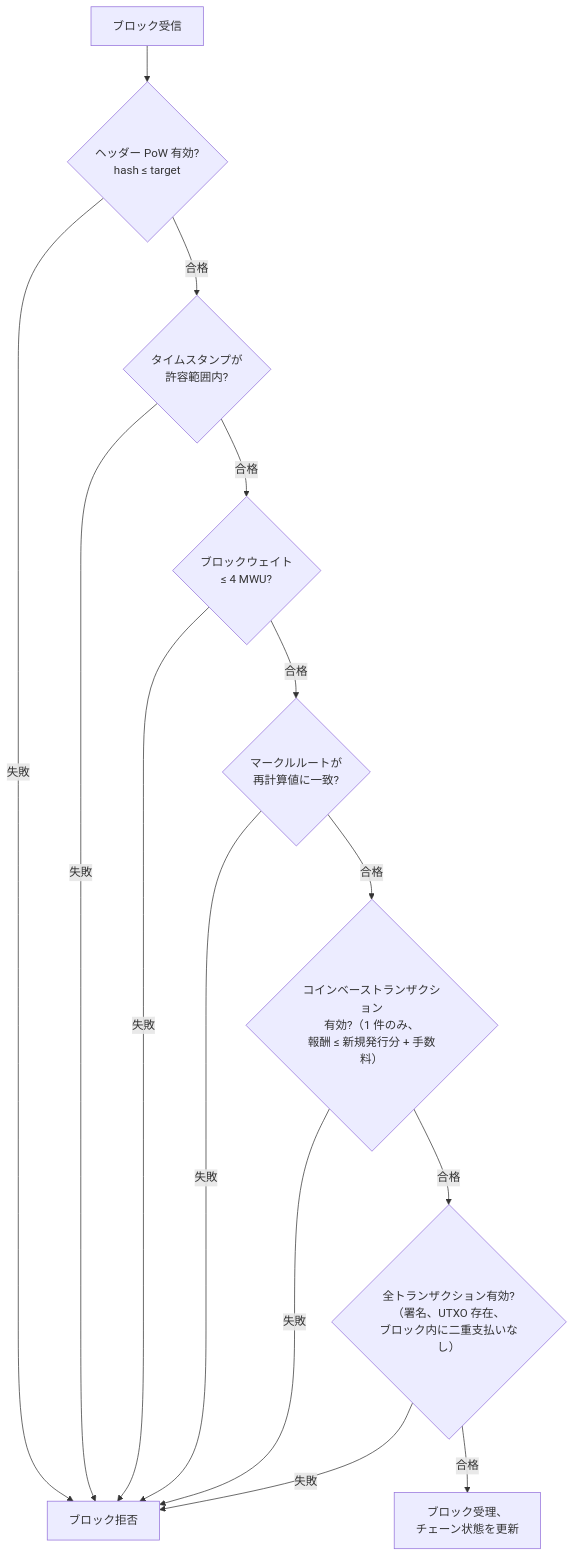
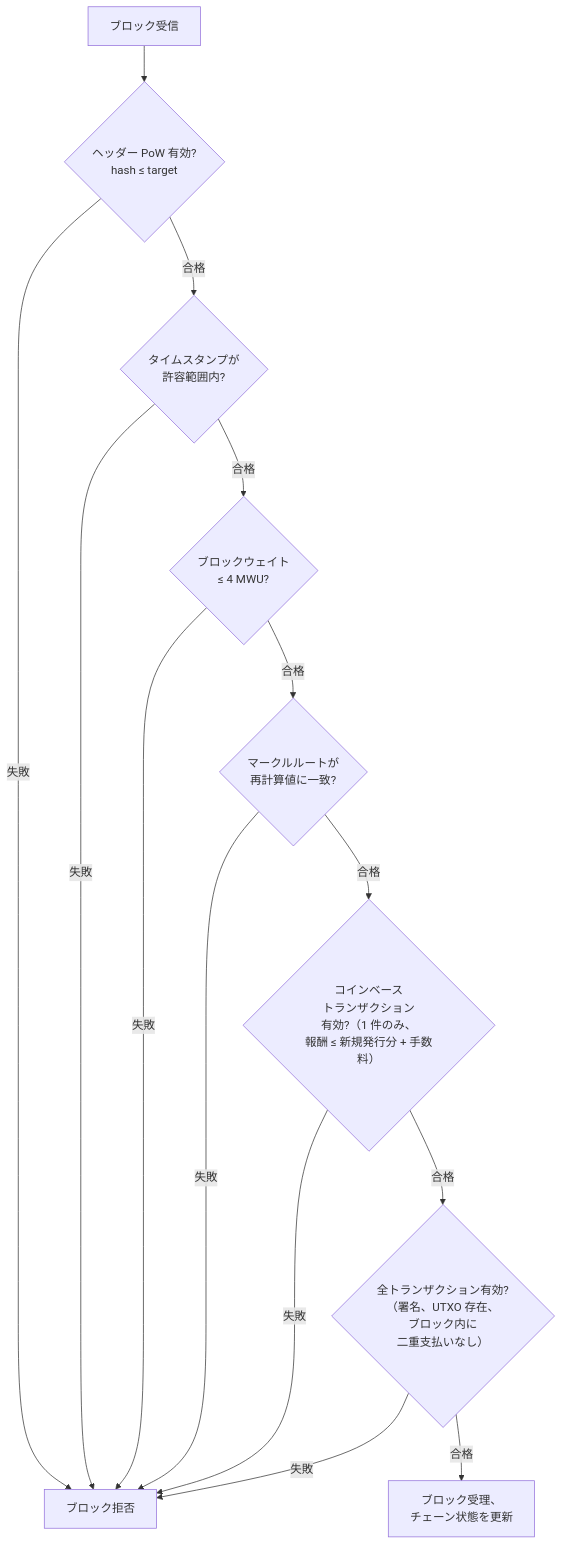
Before and after one commit to cypher256/BitcoinArchive: the third of 5 diagrams in src/data/translations/ja/design/2009-01-03-bitcoin-consensus-design.md, drawn with Mermaid. The commit also changed other lines of this file and 11 other files, not shown here.

First line of the commit message:
JA Mermaid labels: wrap long CJK labels (mermaid-ja-wrap, 12 design docs)

````diff
--- a/src/data/translations/ja/design/2009-01-03-bitcoin-consensus-design.md
+++ b/src/data/translations/ja/design/2009-01-03-bitcoin-consensus-design.md
@@ -121,16 +121,16 @@
 ```mermaid
 flowchart TD
     RECV["ブロック受信"] --> POW{"ヘッダー PoW 有効?\nhash ≤ target"}
     POW -- "失敗" --> REJECT["ブロック拒否"]
-    POW -- "合格" --> TS{"タイムスタンプが\n許容範囲内?"}
+    POW -- "合格" --> TS{"タイムスタンプが<br/>許容範囲内?"}
     TS -- "失敗" --> REJECT
     TS -- "合格" --> SIZE{"ブロックウェイト\n≤ 4 MWU?"}
     SIZE -- "失敗" --> REJECT
-    SIZE -- "合格" --> MERKLE{"マークルルートが\n再計算値に一致?"}
+    SIZE -- "合格" --> MERKLE{"マークルルートが<br/>再計算値に一致?"}
     MERKLE -- "失敗" --> REJECT
-    MERKLE -- "合格" --> CB{"コインベーストランザクション\n有効?（1 件のみ、\n報酬 ≤ 新規発行分 + 手数料）"}
+    MERKLE -- "合格" --> CB{"コインベース<br/>トランザクション<br/>有効?（1 件のみ、<br/>報酬 ≤ 新規発行分 + 手数料）"}
     CB -- "失敗" --> REJECT
-    CB -- "合格" --> TXS{"全トランザクション有効?\n（署名、UTXO 存在、\nブロック内に二重支払いなし）"}
+    CB -- "合格" --> TXS{"全トランザクション有効?<br/>（署名、UTXO 存在、<br/>ブロック内に<br/>二重支払いなし）"}
     TXS -- "失敗" --> REJECT
-    TXS -- "合格" --> ACCEPT["ブロック受理、\nチェーン状態を更新"]
+    TXS -- "合格" --> ACCEPT["ブロック受理、<br/>チェーン状態を更新"]
 ```
````
